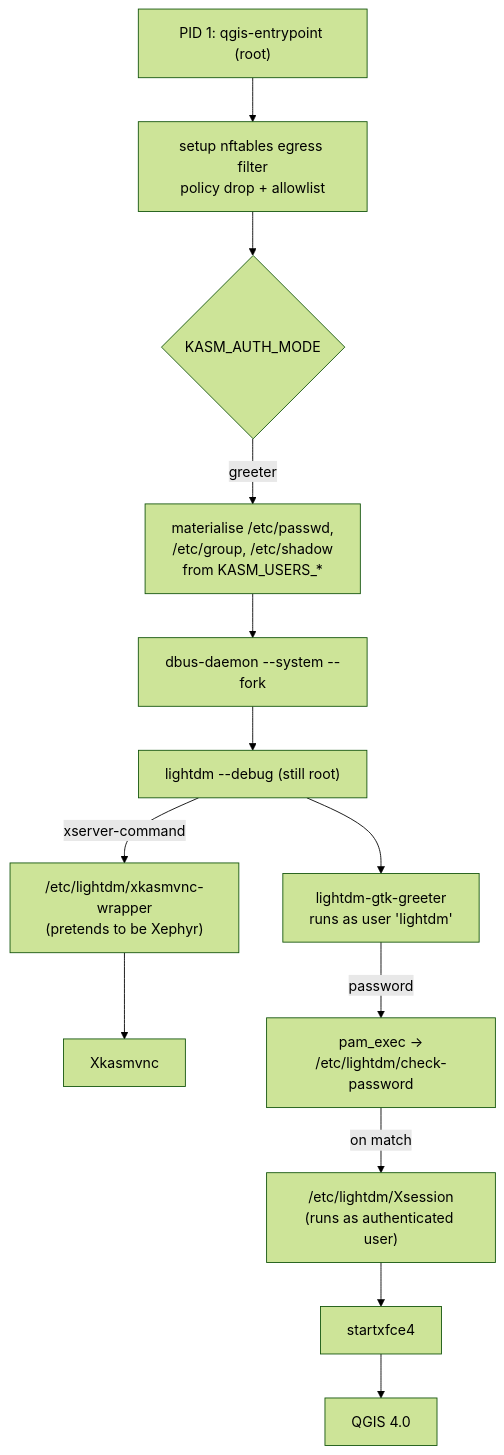
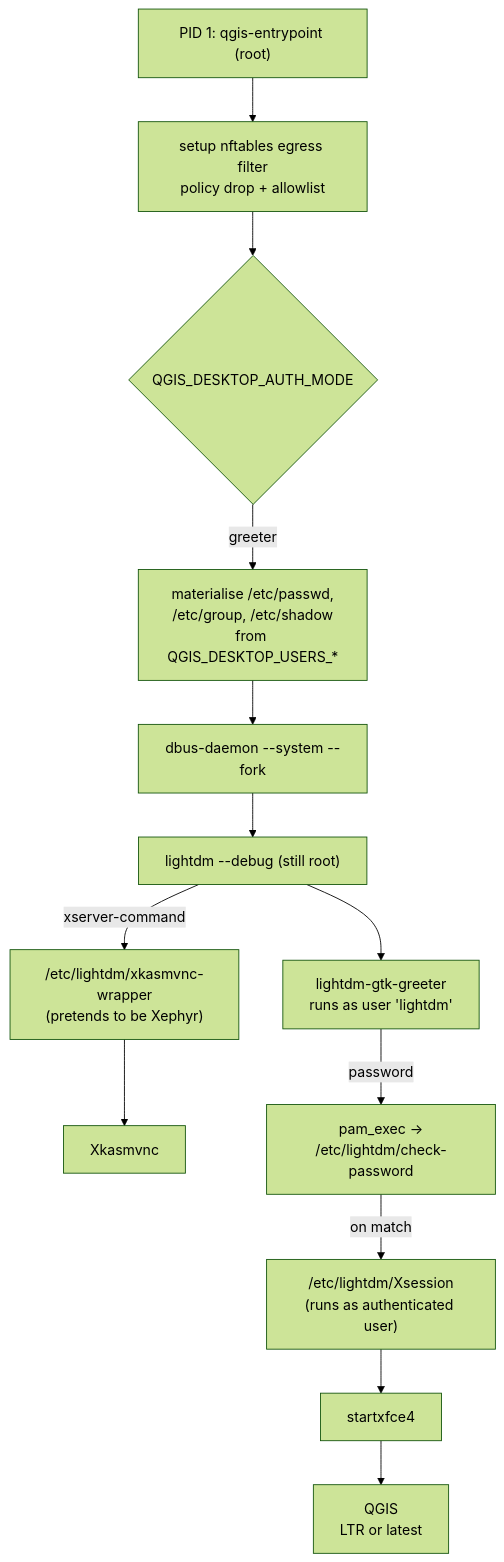
The second of 3 diagrams in docs/developer-guide/architecture.md (kartoza/qgis-desktop-docker), drawn with Mermaid (forest theme) before and after one commit. The commit also changed other lines of this file and 37 other files, not shown here.

First line of the commit message:
feat!: QGIS_DESKTOP_ prefix, and LTR/latest QGIS channels

````diff
--- a/docs/developer-guide/architecture.md
+++ b/docs/developer-guide/architecture.md
@@ -38,23 +38,23 @@
 ```mermaid
 graph TD
     PID1["PID 1: qgis-entrypoint (root)"]
     NFT["setup nftables egress filter<br/>policy drop + allowlist"]
-    MODE{"KASM_AUTH_MODE"}
-    MATERIALISE["materialise /etc/passwd,<br/>/etc/group, /etc/shadow<br/>from KASM_USERS_*"]
+    MODE{"QGIS_DESKTOP_AUTH_MODE"}
+    MATERIALISE["materialise /etc/passwd,<br/>/etc/group, /etc/shadow<br/>from QGIS_DESKTOP_USERS_*"]
     DBUSSYS["dbus-daemon --system --fork"]
     LIGHTDM["lightdm --debug (still root)"]
     WRAPPER["/etc/lightdm/xkasmvnc-wrapper<br/>(pretends to be Xephyr)"]
     XKASM["Xkasmvnc"]
     GREETER["lightdm-gtk-greeter<br/>runs as user 'lightdm'"]
     PAM["pam_exec →<br/>/etc/lightdm/check-password"]
     XSESS["/etc/lightdm/Xsession<br/>(runs as authenticated user)"]
     XFCE["startxfce4"]
-    QGIS["QGIS 4.0"]
+    QGIS["QGIS<br/>LTR or latest"]
 
     PID1 --> NFT --> MODE
     MODE -->|"greeter"| MATERIALISE --> DBUSSYS --> LIGHTDM
     LIGHTDM -->|"xserver-command"| WRAPPER --> XKASM
     LIGHTDM --> GREETER
     GREETER -->|"password"| PAM
     PAM -->|"on match"| XSESS --> XFCE --> QGIS
 ```
````
